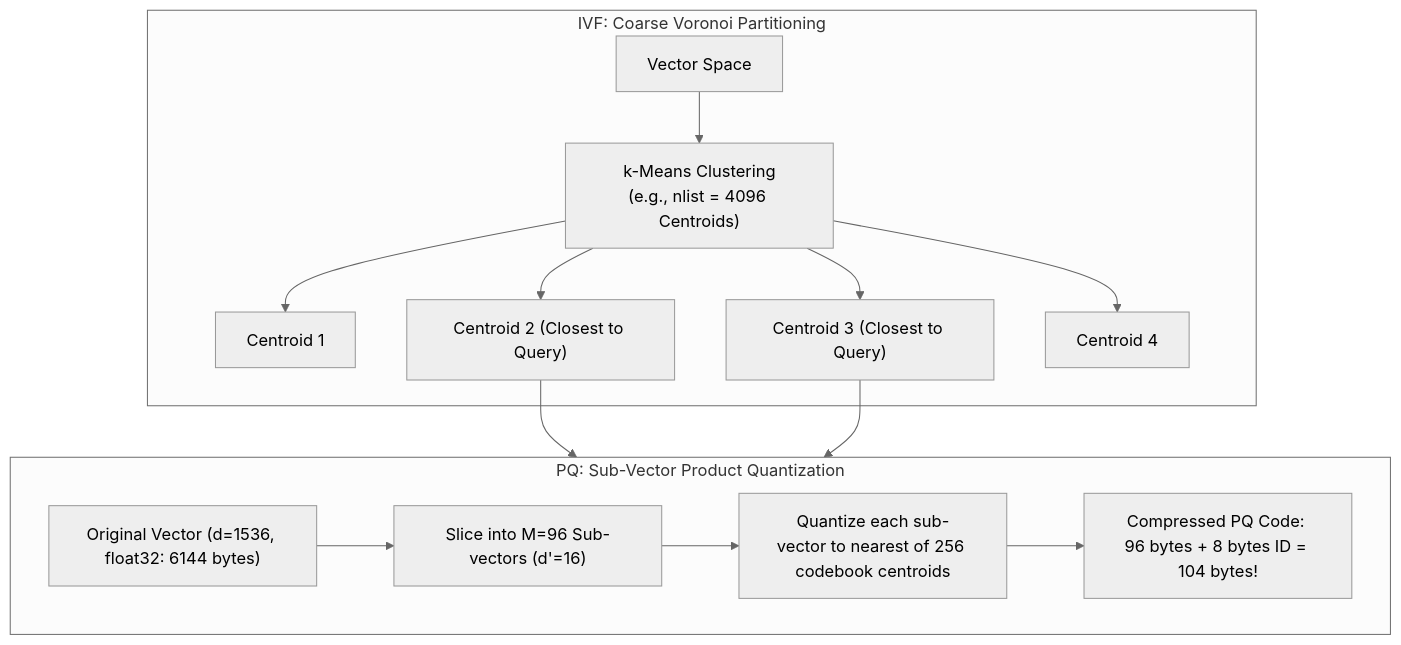
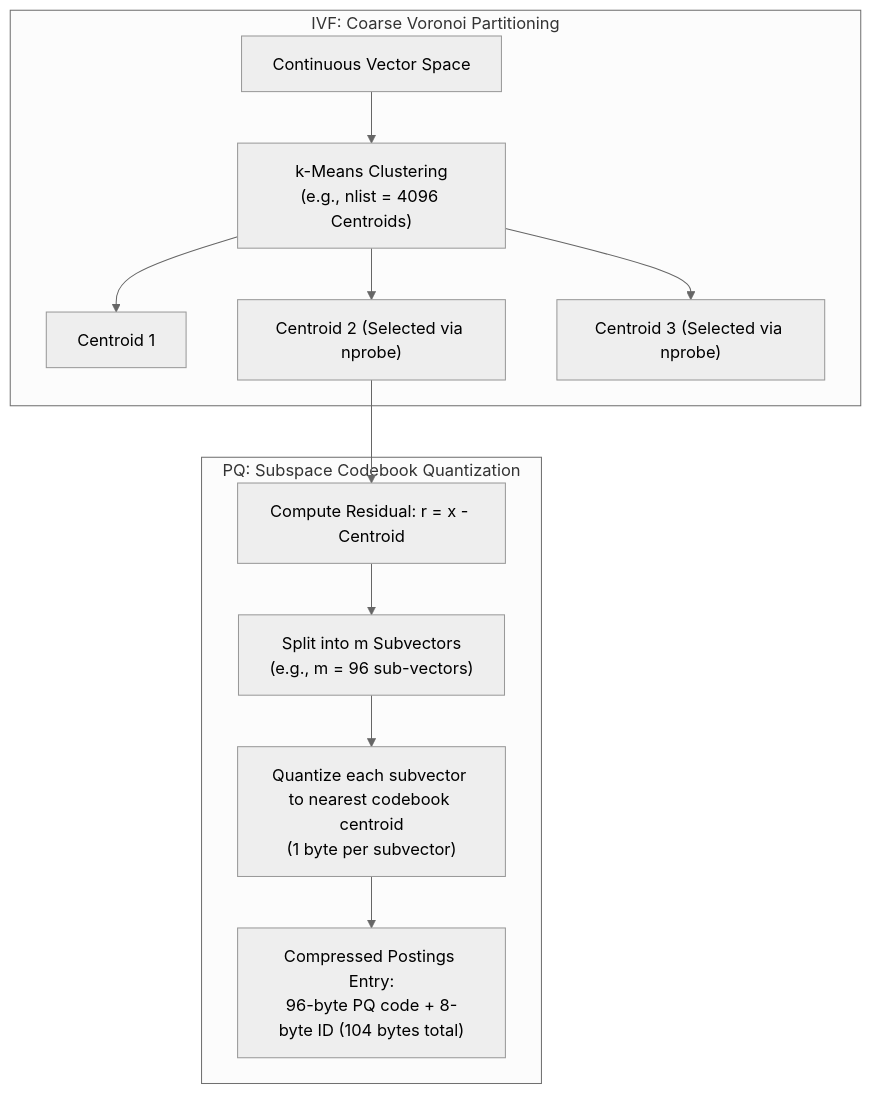
Before and after one commit to divyansh070/ml_notes: the seventh of 8 diagrams in rag-guide/02-retrieval-primitives.md, drawn with Mermaid (neutral theme). The commit also changed other lines of this file and 4 other files, not shown here.

Commit message:
fix(rag-guide): create _facts.md, update 01/02/appendix, fix LaTeX rendering and Mermaid figures for GitHub

````diff
--- a/rag-guide/02-retrieval-primitives.md
+++ b/rag-guide/02-retrieval-primitives.md
@@ -532,19 +656,16 @@
 ```mermaid
 flowchart TD
     subgraph IVF ["IVF: Coarse Voronoi Partitioning"]
-        VEC_SPACE["Vector Space"] --> KMEANS["k-Means Clustering<br>(e.g., nlist = 4096 Centroids)"]
+        VEC_SPACE["Continuous Vector Space"] --> KMEANS["k-Means Clustering<br/>(e.g., nlist = 4096 Centroids)"]
         KMEANS --> C1["Centroid 1"]
-        KMEANS --> C2["Centroid 2 (Closest to Query)"]
-        KMEANS --> C3["Centroid 3 (Closest to Query)"]
-        KMEANS --> C4["Centroid 4"]
+        KMEANS --> C2["Centroid 2 (Selected via nprobe)"]
+        KMEANS --> C3["Centroid 3 (Selected via nprobe)"]
     end
-    
-    subgraph PQ ["PQ: Sub-Vector Product Quantization"]
-        V_ORIG["Original Vector (d=1536, float32: 6144 bytes)"] --> SLICE["Slice into M=96 Sub-vectors (d'=16)"]
-        SLICE --> QUANT["Quantize each sub-vector to nearest of 256 codebook centroids"]
-        QUANT --> CODES["Compressed PQ Code: 96 bytes + 8 bytes ID = 104 bytes!"]
+
+    subgraph PQ ["PQ: Subspace Codebook Quantization"]
+        C2 --> RESIDUAL["Compute Residual: r = x - Centroid"]
+        RESIDUAL --> SPLIT["Split into m Subvectors<br/>(e.g., m = 96 sub-vectors)"]
+        SPLIT --> QUANT["Quantize each subvector to nearest codebook centroid<br/>(1 byte per subvector)"]
+        QUANT --> CODE["Compressed Postings Entry:<br/>96-byte PQ code + 8-byte ID (104 bytes total)"]
     end
-    
-    C2 --> PQ
-    C3 --> PQ
 ```
````
